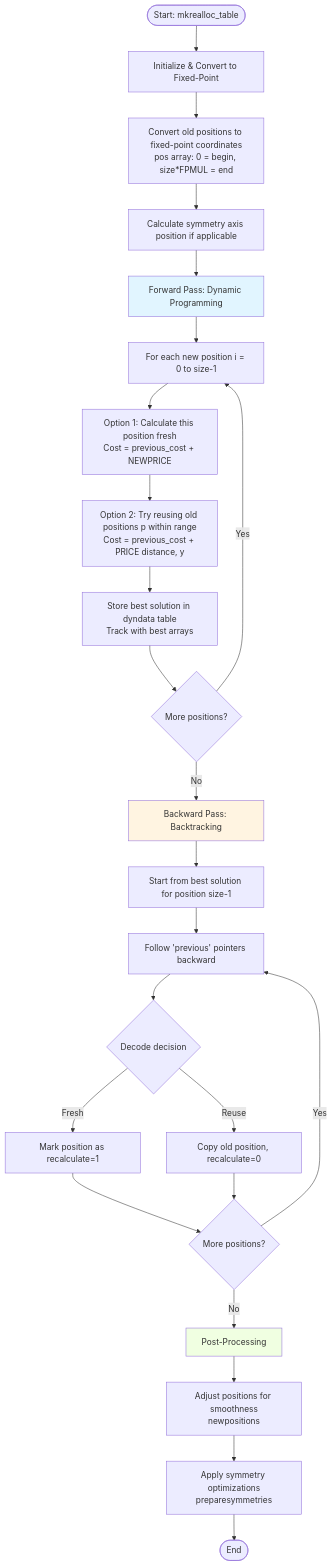
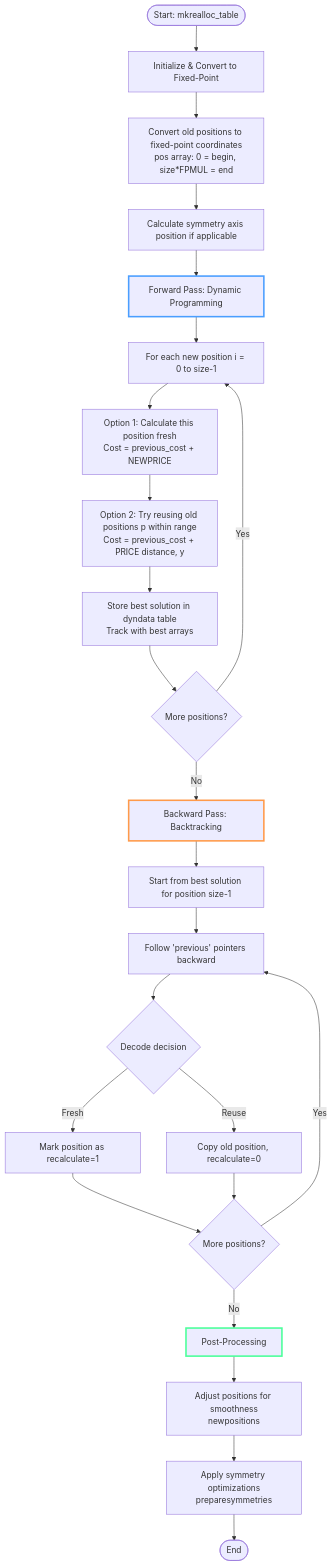
One commit to xaos-project/XaoS changed the first of 7 diagrams in src/engine/zoomviz.md. Above: the diagram before and after it, drawn with Mermaid. The commit also changed other lines of this file, not shown here.

````diff
--- a/src/engine/zoomviz.md
+++ b/src/engine/zoomviz.md
@@ -7,33 +7,33 @@
 ```mermaid
 flowchart TD
     Start([Start: mkrealloc_table]) --> Init[Initialize & Convert to Fixed-Point]
     Init --> Init1[Convert old positions to fixed-point coordinates<br/>pos array: 0 = begin, size*FPMUL = end]
     Init1 --> Init2[Calculate symmetry axis position if applicable]
     Init2 --> Forward[Forward Pass: Dynamic Programming]
 
     Forward --> FP1[For each new position i = 0 to size-1]
     FP1 --> FP2[Option 1: Calculate this position fresh<br/>Cost = previous_cost + NEWPRICE]
     FP2 --> FP3[Option 2: Try reusing old positions p within range<br/>Cost = previous_cost + PRICE distance, y]
     FP3 --> FP4[Store best solution in dyndata table<br/>Track with best arrays]
     FP4 --> FP5{More positions?}
     FP5 -->|Yes| FP1
     FP5 -->|No| Backward
 
     Backward[Backward Pass: Backtracking] --> BP1[Start from best solution for position size-1]
     BP1 --> BP2[Follow 'previous' pointers backward]
     BP2 --> BP3{Decode decision}
     BP3 -->|Fresh| BP4[Mark position as recalculate=1]
     BP3 -->|Reuse| BP5[Copy old position, recalculate=0]
     BP4 --> BP6{More positions?}
     BP5 --> BP6
     BP6 -->|Yes| BP2
     BP6 -->|No| Post
 
     Post[Post-Processing] --> Post1[Adjust positions for smoothness<br/>newpositions]
     Post1 --> Post2[Apply symmetry optimizations<br/>preparesymmetries]
     Post2 --> End([End])
 
-    style Forward fill:#e1f5ff
-    style Backward fill:#fff4e1
-    style Post fill:#f0ffe1
+    style Forward stroke:#4a9eff,stroke-width:3px
+    style Backward stroke:#ff9a4a,stroke-width:3px
+    style Post stroke:#4aff9a,stroke-width:3px
 ```
````
